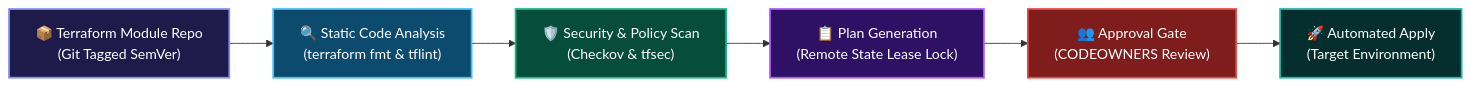
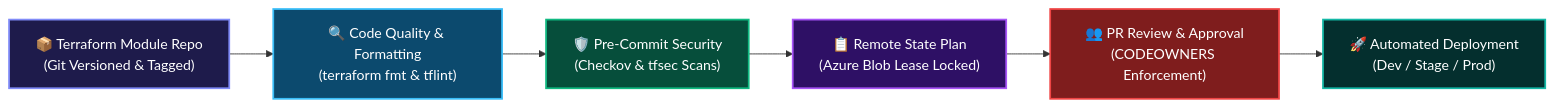
One commit to Sarvesh0401/Sarvesh0401 changed the second of 5 diagrams in README.md. Above: the diagram before and after it, drawn with Mermaid. The commit also changed other lines of this file and 2 other files, not shown here.

First line of the commit message:
feat: align profile with resume focusing on Terraform, CI/CD, and Kubernetes

````diff
--- a/README.md
+++ b/README.md
@@ -124,22 +126,22 @@
 ```mermaid
 flowchart LR
-    T1["📦 Terraform Module Repo<br/>(Git Tagged SemVer)"] --> T2["🔍 Static Code Analysis<br/>(terraform fmt & tflint)"]
-    T2 --> T3["🛡️ Security & Policy Scan<br/>(Checkov & tfsec)"]
-    T3 --> T4["📋 Plan Generation<br/>(Remote State Lease Lock)"]
-    T4 --> T5["👥 Approval Gate<br/>(CODEOWNERS Review)"]
-    T5 --> T6["🚀 Automated Apply<br/>(Target Environment)"]
+    T1["📦 Terraform Module Repo<br/>(Git Versioned & Tagged)"] --> T2["🔍 Code Quality & Formatting<br/>(terraform fmt & tflint)"]
+    T2 --> T3["🛡️ Pre-Commit Security<br/>(Checkov & tfsec Scans)"]
+    T3 --> T4["📋 Remote State Plan<br/>(Azure Blob Lease Locked)"]
+    T4 --> T5["👥 PR Review & Approval<br/>(CODEOWNERS Enforcement)"]
+    T5 --> T6["🚀 Automated Deployment<br/>(Dev / Stage / Prod)"]
 
     classDef tf1 fill:#1e1b4b,stroke:#818cf8,stroke-width:2px,color:#fff;
     classDef tf2 fill:#0c4a6e,stroke:#38bdf8,stroke-width:2px,color:#fff;
     classDef tf3 fill:#064e3b,stroke:#10b981,stroke-width:2px,color:#fff;
     classDef tf4 fill:#2e1065,stroke:#a855f7,stroke-width:2px,color:#fff;
     classDef tf5 fill:#7f1d1d,stroke:#ef4444,stroke-width:2px,color:#fff;
     classDef tf6 fill:#042f2e,stroke:#14b8a6,stroke-width:2px,color:#fff;
 
     class T1 tf1;
     class T2 tf2;
     class T3 tf3;
     class T4 tf4;
     class T5 tf5;
     class T6 tf6;
 ```
````
